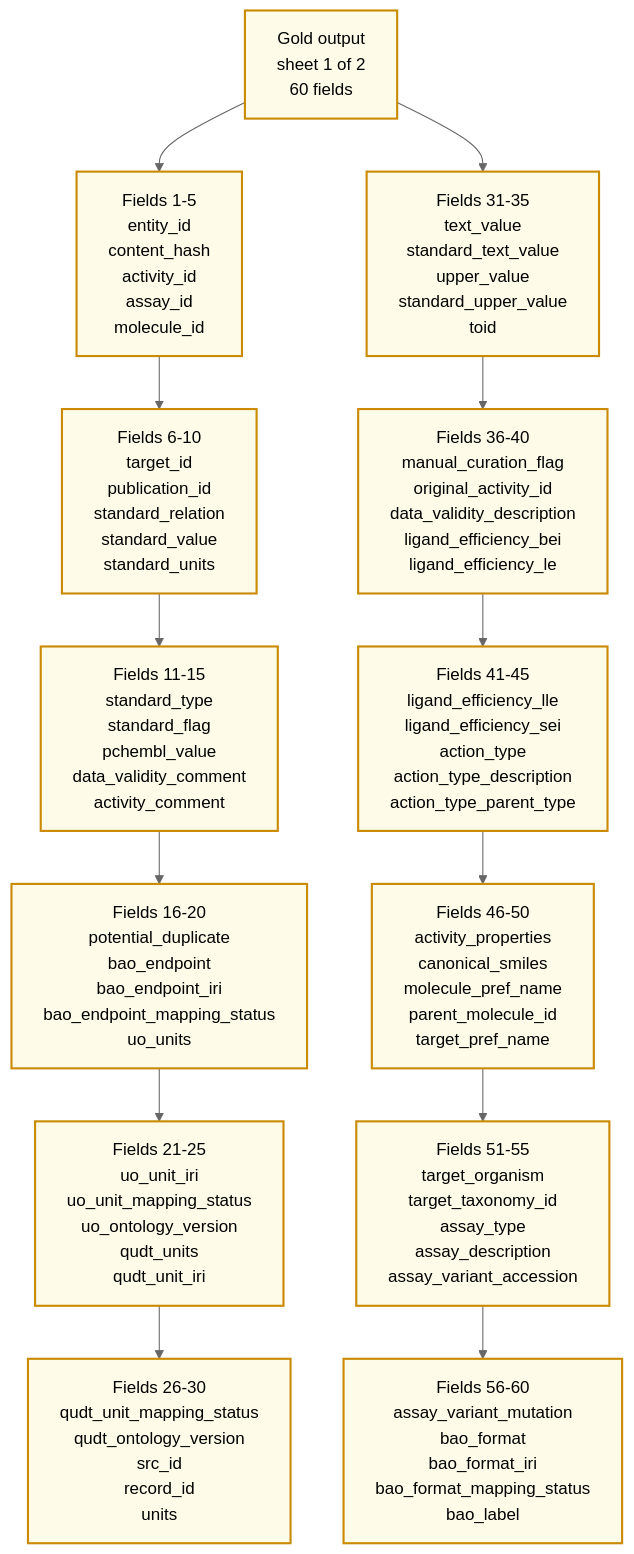
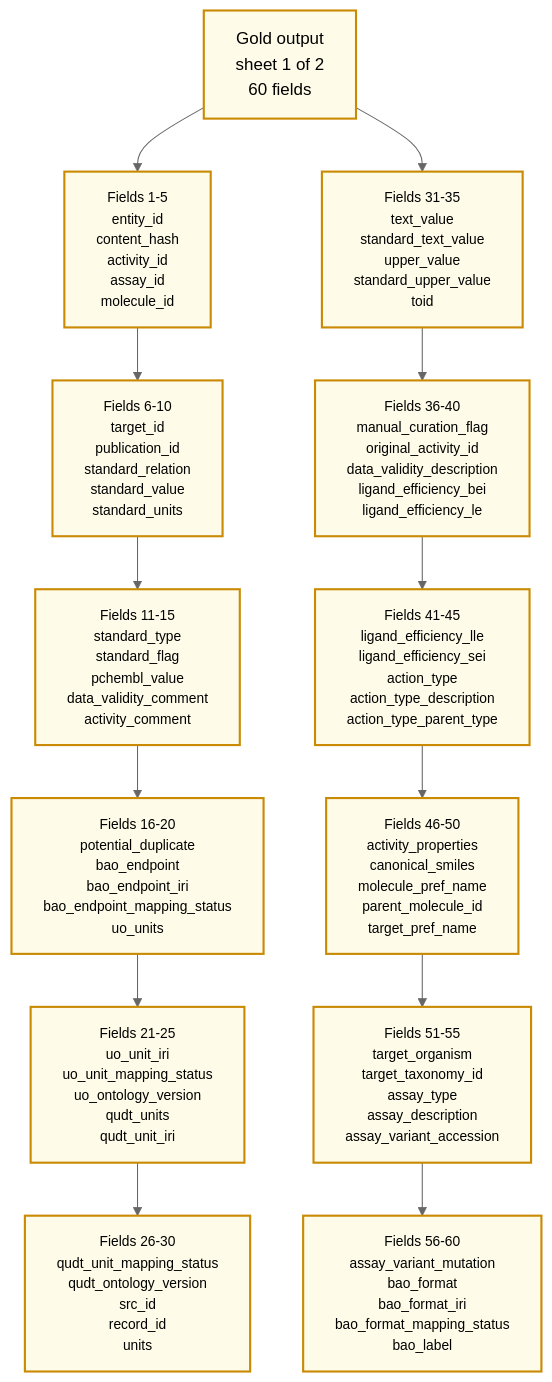
Before and after one commit to SatoryKono/BioactivityDataAcquisition: the diagram in docs/02-architecture/diagrams/architecture/52a-chembl-activity-gold-fields-1.mmd, drawn with Mermaid. The commit also changed 6 other files, not shown here.

Commit message:
fix(diagrams): size chembl field card labels

```diff
--- a/docs/02-architecture/diagrams/architecture/52a-chembl-activity-gold-fields-1.mmd
+++ b/docs/02-architecture/diagrams/architecture/52a-chembl-activity-gold-fields-1.mmd
@@ -1,36 +1,38 @@
 %% BioETL — ChEMBL Activity Gold Output Fields 1 Of 2
 %% Generated from the resolved chembl_activity configuration and contracts.
 
 %% @version 1.0.0
 %% @date    2026-07-18
 %% @type    flowchart
 %% @level   Pipeline / Gold Contract
 %% @nodes   13
 %% @adr     ADR-002, ADR-040
 %%{init: {'theme': 'neutral', 'themeVariables': {'fontFamily': 'Inter, system-ui', 'lineWidth': '2'}, 'flowchart': {'wrappingWidth': 360}}}%%
 flowchart TB
     Layer["Gold output<br/>sheet 1 of 2<br/>60 fields"]
     Fields1["Fields 1-5<br/>entity_id<br/>content_hash<br/>activity_id<br/>assay_id<br/>molecule_id"]
     Fields2["Fields 6-10<br/>target_id<br/>publication_id<br/>standard_relation<br/>standard_value<br/>standard_units"]
     Fields3["Fields 11-15<br/>standard_type<br/>standard_flag<br/>pchembl_value<br/>data_validity_comment<br/>activity_comment"]
     Fields4["Fields 16-20<br/>potential_duplicate<br/>bao_endpoint<br/>bao_endpoint_iri<br/>bao_endpoint_mapping_status<br/>uo_units"]
     Fields5["Fields 21-25<br/>uo_unit_iri<br/>uo_unit_mapping_status<br/>uo_ontology_version<br/>qudt_units<br/>qudt_unit_iri"]
     Fields6["Fields 26-30<br/>qudt_unit_mapping_status<br/>qudt_ontology_version<br/>src_id<br/>record_id<br/>units"]
     Fields7["Fields 31-35<br/>text_value<br/>standard_text_value<br/>upper_value<br/>standard_upper_value<br/>toid"]
     Fields8["Fields 36-40<br/>manual_curation_flag<br/>original_activity_id<br/>data_validity_description<br/>ligand_efficiency_bei<br/>ligand_efficiency_le"]
     Fields9["Fields 41-45<br/>ligand_efficiency_lle<br/>ligand_efficiency_sei<br/>action_type<br/>action_type_description<br/>action_type_parent_type"]
     Fields10["Fields 46-50<br/>activity_properties<br/>canonical_smiles<br/>molecule_pref_name<br/>parent_molecule_id<br/>target_pref_name"]
     Fields11["Fields 51-55<br/>target_organism<br/>target_taxonomy_id<br/>assay_type<br/>assay_description<br/>assay_variant_accession"]
     Fields12["Fields 56-60<br/>assay_variant_mutation<br/>bao_format<br/>bao_format_iri<br/>bao_format_mapping_status<br/>bao_label"]
 
     Layer --> Fields1 --> Fields2 --> Fields3 --> Fields4 --> Fields5 --> Fields6
     Layer --> Fields7 --> Fields8 --> Fields9 --> Fields10 --> Fields11 --> Fields12
 
     class Layer,Fields1,Fields2,Fields3,Fields4,Fields5,Fields6,Fields7,Fields8,Fields9,Fields10,Fields11,Fields12 gold
+    class Fields1,Fields2,Fields3,Fields4,Fields5,Fields6,Fields7,Fields8,Fields9,Fields10,Fields11,Fields12 fieldCard
+    classDef fieldCard font-size:13px
     classDef source fill:#f1f5f9,stroke:#64748b,stroke-width:2px
     classDef process fill:#f0fdf4,stroke:#16a34a,stroke-width:2px
     classDef bronze fill:#fff7ed,stroke:#f59e0b,stroke-width:2px
     classDef silver fill:#f8fafc,stroke:#475569,stroke-width:2px
     classDef gold fill:#fefce8,stroke:#ca8a04,stroke-width:2px
     classDef dq fill:#f5f3ff,stroke:#7c3aed,stroke-width:2px
     classDef warning fill:#fff1f2,stroke:#dc2626,stroke-width:2px
```
